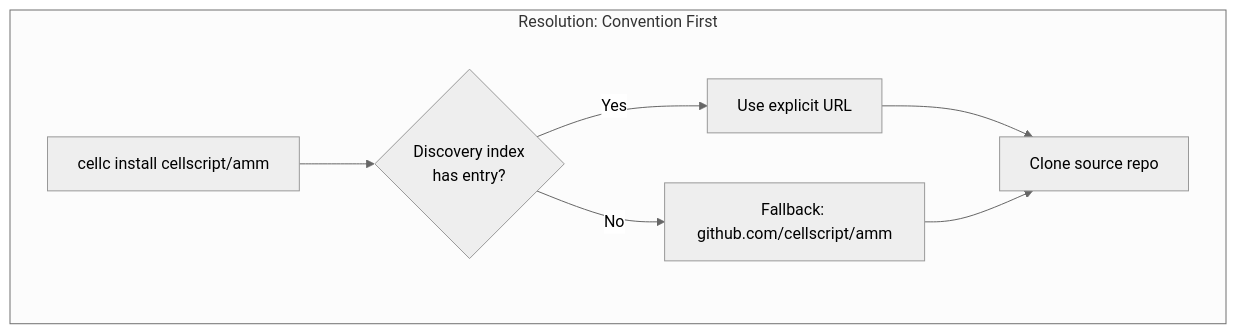
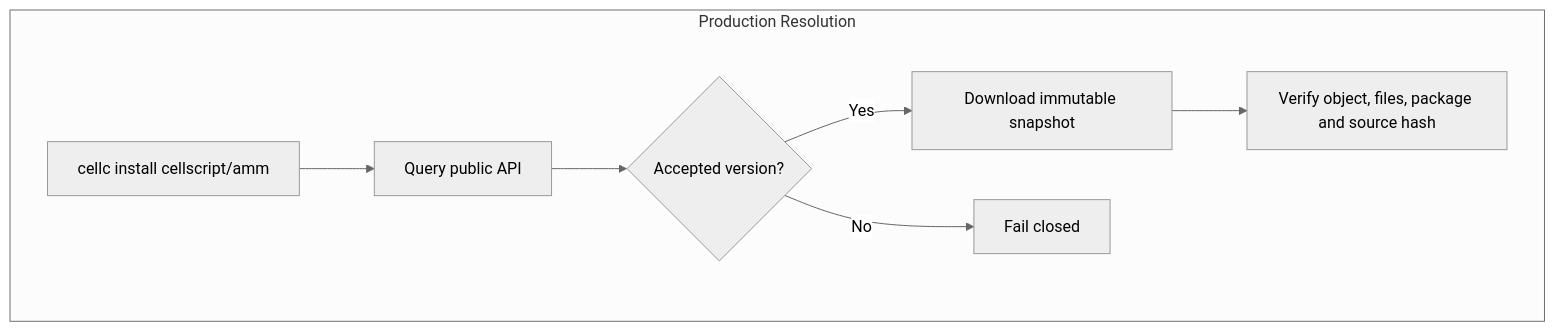
One commit to CellScript-Labs/CellScript changed the first of 5 diagrams in docs/CELLSCRIPT_REGISTRY_PHASE1.md. Above: the diagram before and after it, drawn with Mermaid (neutral theme). The commit also changed other lines of this file and 32 other files, not shown here.

````diff
--- a/docs/CELLSCRIPT_REGISTRY_PHASE1.md
+++ b/docs/CELLSCRIPT_REGISTRY_PHASE1.md
@@ -77,10 +86,10 @@
 ```mermaid
 graph TB
-    subgraph "Resolution: Convention First"
-        Q["cellc install cellscript/amm"] --> C{"Discovery index\nhas entry?"}
-        C -->|Yes| E["Use explicit URL"]
-        C -->|No| F["Fallback: github.com/cellscript/amm"]
-        E --> S["Clone source repo"]
-        F --> S
+    subgraph "Production Resolution"
+        Q["cellc install cellscript/amm"] --> A["Query public API"]
+        A --> C{"Accepted version?"}
+        C -->|Yes| S["Download immutable snapshot"]
+        S --> V["Verify object, files, package and source hash"]
+        C -->|No| F["Fail closed"]
     end
 ```
````
